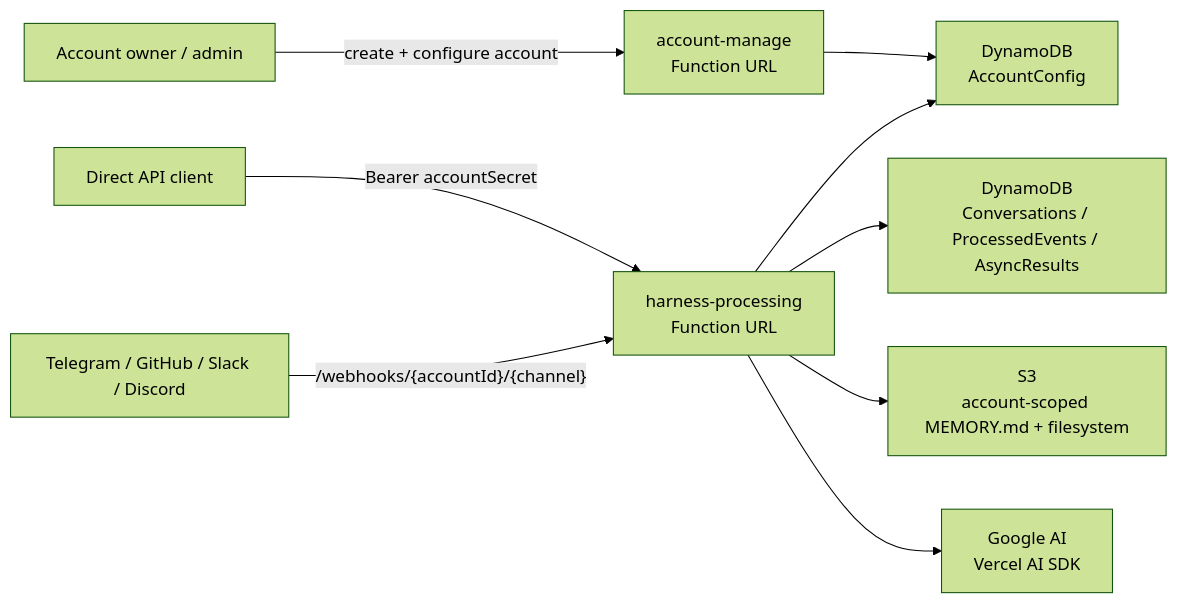
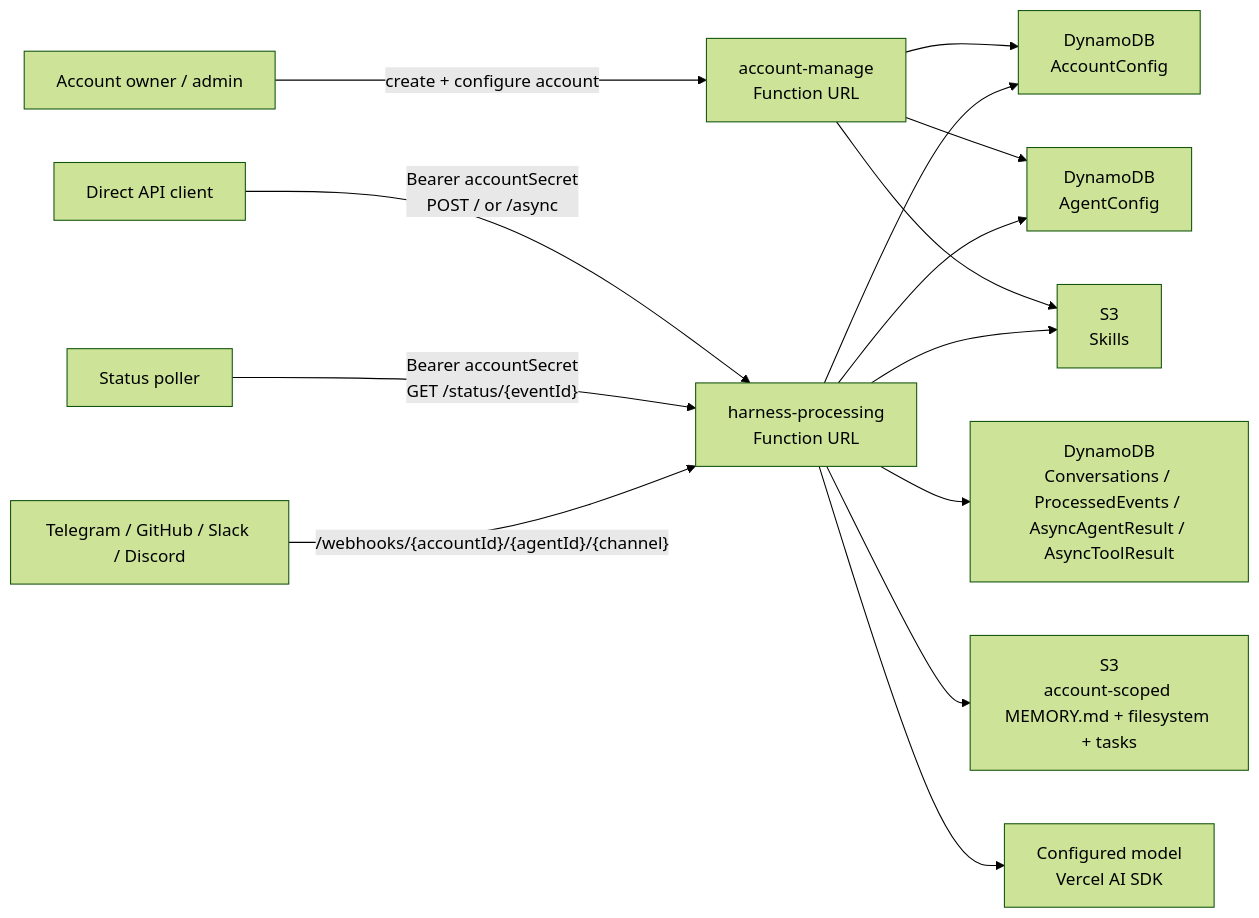
Before and after one commit to beeblastco/filthy-panty: the diagram in README.md, drawn with Mermaid (forest theme). The commit also changed other lines of this file and 187 other files, not shown here.

````diff
--- a/README.md
+++ b/README.md
@@ -27,12 +27,17 @@
 ```mermaid
 flowchart LR
   Admin["Account owner / admin"] -->|"create + configure account"| Manage["account-manage<br/>Function URL"]
-  Client["Direct API client"] -->|"Bearer accountSecret"| Harness["harness-processing<br/>Function URL"]
-  Provider["Telegram / GitHub / Slack / Discord"] -->|"/webhooks/{accountId}/{channel}"| Harness
+  Client["Direct API client"] -->|"Bearer accountSecret<br/>POST / or /async"| Harness["harness-processing<br/>Function URL"]
+  Status["Status poller"] -->|"Bearer accountSecret<br/>GET /status/{eventId}"| Harness
+  Provider["Telegram / GitHub / Slack / Discord"] -->|"/webhooks/{accountId}/{agentId}/{channel}"| Harness
 
   Manage --> Accounts["DynamoDB<br/>AccountConfig"]
+  Manage --> Agents["DynamoDB<br/>AgentConfig"]
+  Manage --> Skills["S3<br/>Skills"]
   Harness --> Accounts
-  Harness --> Conversations["DynamoDB<br/>Conversations / ProcessedEvents / AsyncResults"]
-  Harness --> Memory["S3<br/>account-scoped MEMORY.md + filesystem"]
-  Harness --> Model["Google AI<br/>Vercel AI SDK"]
+  Harness --> Agents
+  Harness --> Skills["S3<br/>Skills"]
+  Harness --> Conversations["DynamoDB<br/>Conversations / ProcessedEvents / AsyncAgentResult / AsyncToolResult"]
+  Harness --> Memory["S3<br/>account-scoped MEMORY.md + filesystem + tasks"]
+  Harness --> Model["Configured model<br/>Vercel AI SDK"]
 ```
````
